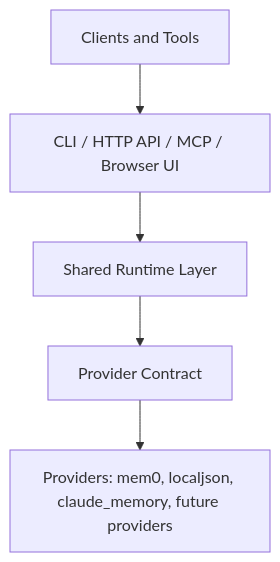
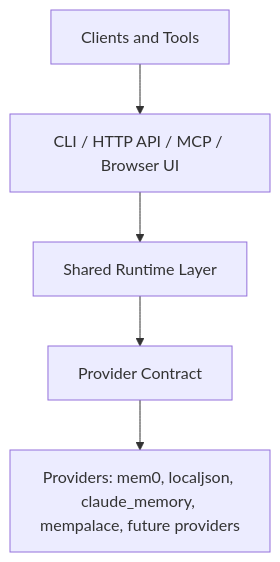
One commit to AndrewMoryakov/AgentMemory changed the diagram in README.md. Above: the diagram before and after it, drawn with Mermaid. The commit also changed other lines of this file and 7 other files, not shown here.

````diff
--- a/README.md
+++ b/README.md
@@ -188,7 +188,7 @@
 ```mermaid
 flowchart TD
     A["Clients and Tools"] --> B["CLI / HTTP API / MCP / Browser UI"]
     B --> C["Shared Runtime Layer"]
     C --> D["Provider Contract"]
-    D --> E["Providers: mem0, localjson, claude_memory, future providers"]
+    D --> E["Providers: mem0, localjson, claude_memory, mempalace, future providers"]
 ```
````
